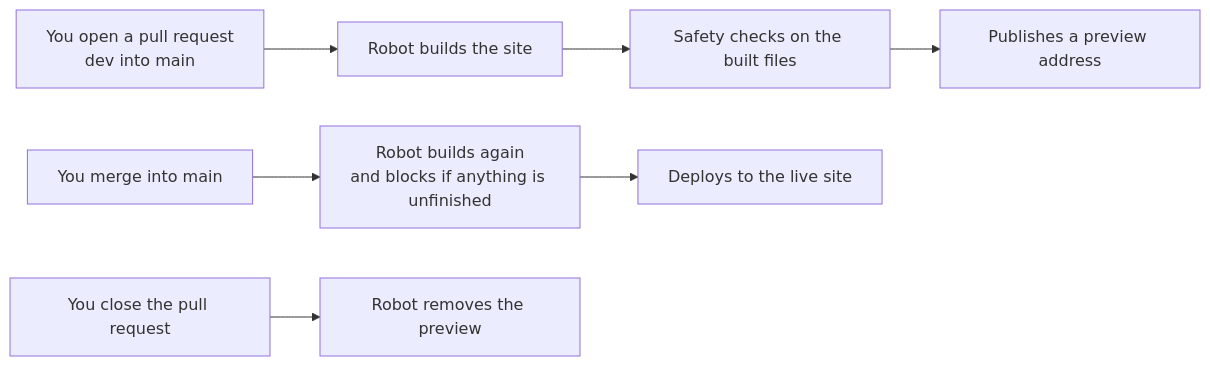
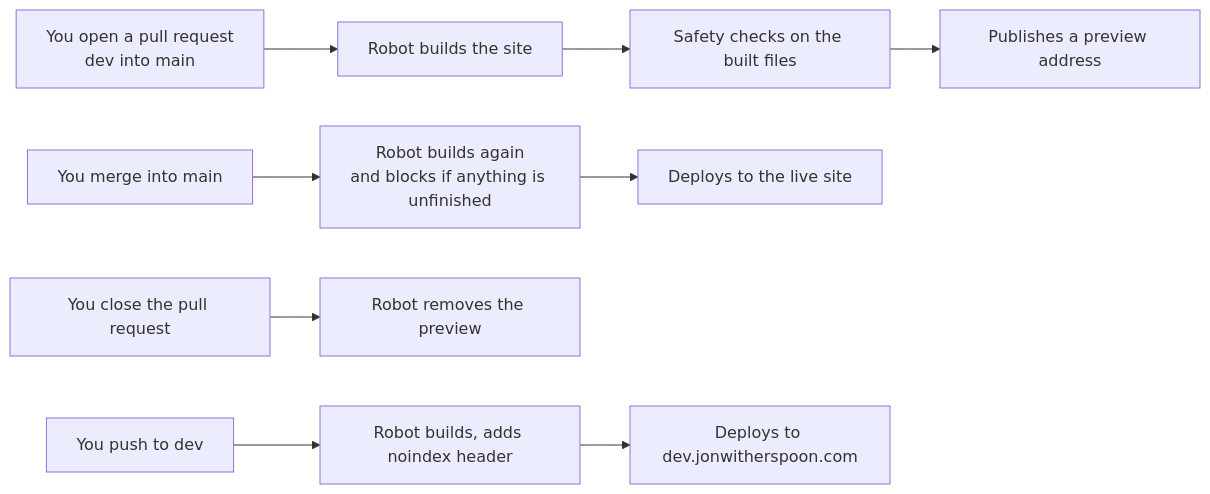
Before and after one commit to theknoxtech/jonwitherspoon.com: the diagram in docs/github-actions-guide.md, drawn with Mermaid. The commit also changed other lines of this file and 7 other files, not shown here.

Commit message:
feat(ci): deploy dev branch to dev site with noindex header

````diff
--- a/docs/github-actions-guide.md
+++ b/docs/github-actions-guide.md
@@ -9,9 +9,11 @@
 ```mermaid
 flowchart LR
   A[You open a pull request<br/>dev into main] --> B[Robot builds the site]
   B --> C[Safety checks on the built files]
   C --> D[Publishes a preview address]
   E[You merge into main] --> F[Robot builds again<br/>and blocks if anything is unfinished]
   F --> G[Deploys to the live site]
   H[You close the pull request] --> I[Robot removes the preview]
+  J[You push to dev] --> K[Robot builds, adds noindex header]
+  K --> L[Deploys to dev.jonwitherspoon.com]
 ```
````
